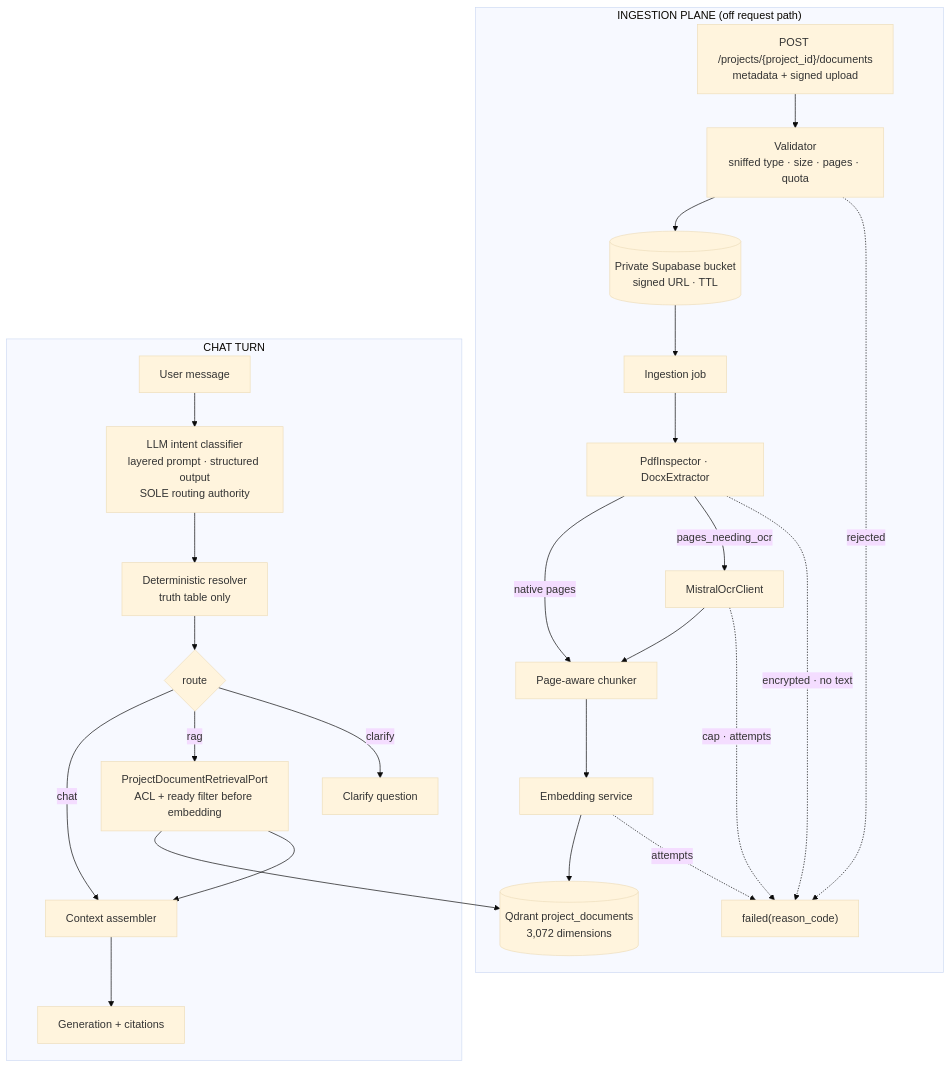
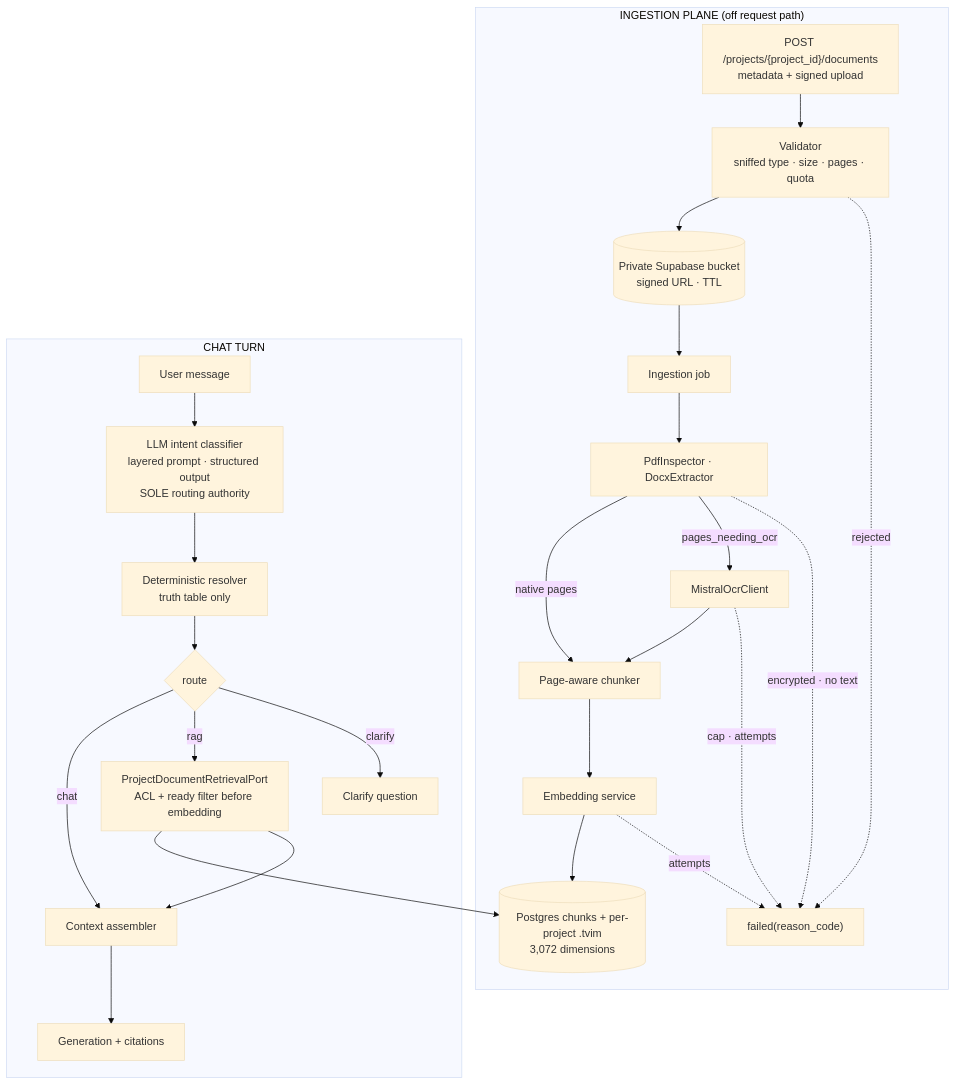
Before and after one commit to MathematicGuy/EMAIL-AGENT-v1: the diagram in tasks/specs/SPEC-chat-with-user-documents.md, drawn with Mermaid (base theme). The commit also changed other lines of this file and 50 other files, not shown here.

````diff
--- a/tasks/specs/SPEC-chat-with-user-documents.md
+++ b/tasks/specs/SPEC-chat-with-user-documents.md
@@ -64,41 +64,41 @@
 ```mermaid
 flowchart TB
     subgraph INGEST["INGESTION PLANE (off request path)"]
         UP["POST /projects/{project_id}/documents<br/>metadata + signed upload"]
         VALID["Validator<br/>sniffed type · size · pages · quota"]
         OBJ[("Private Supabase bucket<br/>signed URL · TTL")]
         JOB["Ingestion job"]
         DETECT["PdfInspector · DocxExtractor"]
         OCR["MistralOcrClient"]
         CHUNK["Page-aware chunker"]
         EMBED["Embedding service"]
-        QIDX[("Qdrant project_documents<br/>3,072 dimensions")]
+        QIDX[("Postgres chunks + per-project .tvim<br/>3,072 dimensions")]
         FAIL["failed(reason_code)"]
     end
 
     UP --> VALID --> OBJ --> JOB --> DETECT
     DETECT -->|native pages| CHUNK
     DETECT -->|pages_needing_ocr| OCR --> CHUNK
     CHUNK --> EMBED --> QIDX
     VALID -. rejected .-> FAIL
     DETECT -. encrypted · no text .-> FAIL
     OCR -. cap · attempts .-> FAIL
     EMBED -. attempts .-> FAIL
 
     subgraph TURN["CHAT TURN"]
         MSG["User message"]
         CLS["LLM intent classifier<br/>layered prompt · structured output<br/>SOLE routing authority"]
         RES["Deterministic resolver<br/>truth table only"]
         ROUTE{"route"}
         RETR["ProjectDocumentRetrievalPort<br/>ACL + ready filter before embedding"]
         CTX["Context assembler"]
         GEN["Generation + citations"]
         CLARIFY["Clarify question"]
     end
 
     MSG --> CLS --> RES --> ROUTE
     ROUTE -->|chat| CTX
     ROUTE -->|rag| RETR --> QIDX
     RETR --> CTX --> GEN
     ROUTE -->|clarify| CLARIFY
 ```
````
